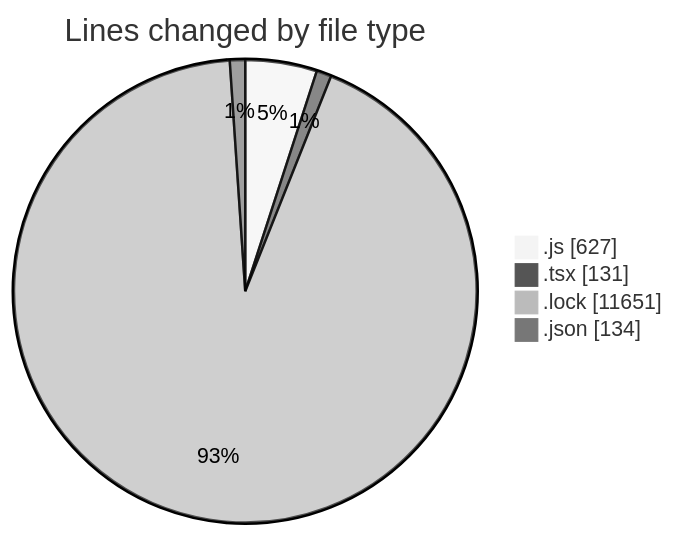
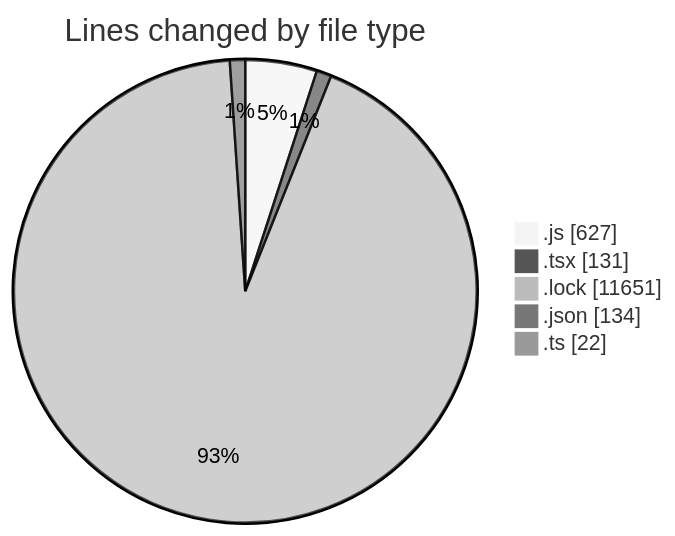
The first of 2 diagrams in 2026-01-13/cda/README.md (momahboobian/code-tracking), drawn with Mermaid (neutral theme) before and after one commit. The commit also changed other lines of this file and 1 other file, not shown here.

````diff
--- a/2026-01-13/cda/README.md
+++ b/2026-01-13/cda/README.md
@@ -27,8 +28,9 @@
 ```mermaid
 pie showData
 title Lines changed by file type
 ".js" : 627
 ".tsx" : 131
 ".lock" : 11651
 ".json" : 134
+".ts" : 22
 ```
````
